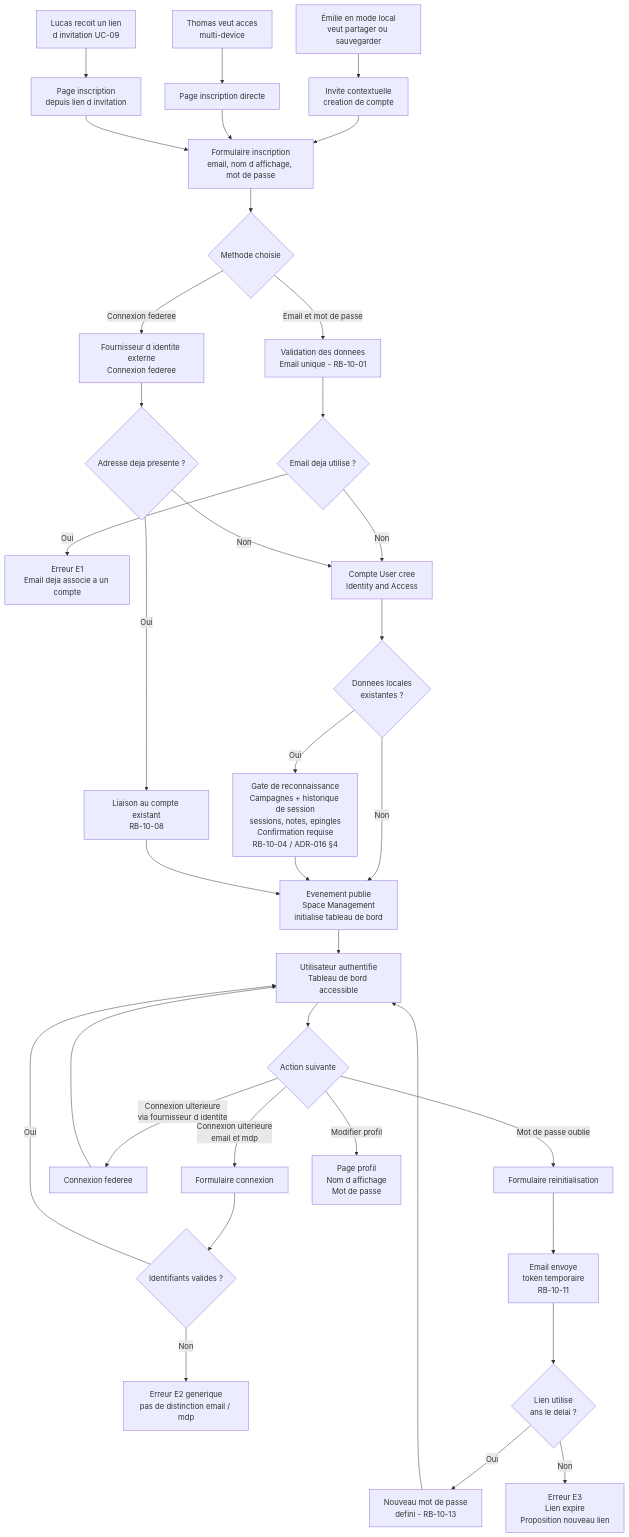
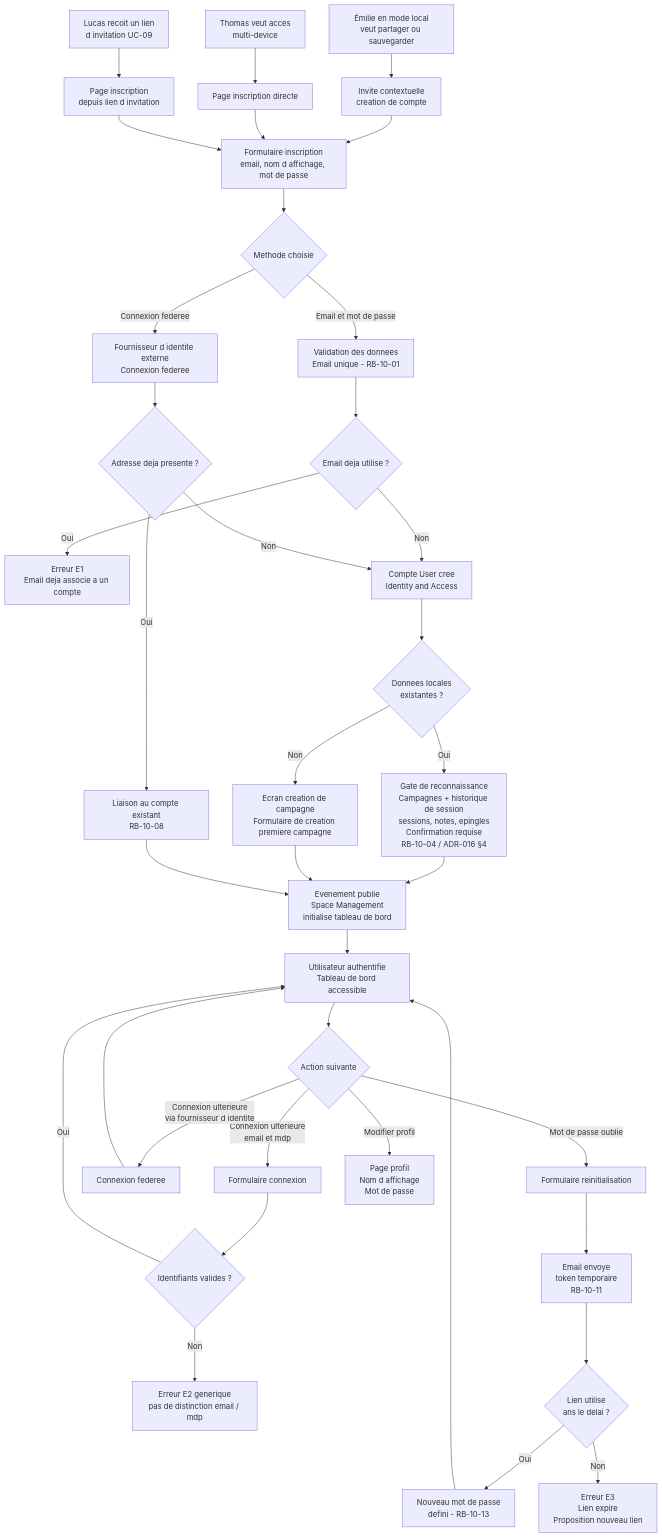
Before and after one commit to 2025-10-CDA-ECO-P6/PM-micro-saas: the second of 2 diagrams in docs/conception/user-journeys/UJ-UC-10-compte-cloud.md, drawn with Mermaid. The commit also changed 47 other files, not shown here.

````diff
--- a/docs/conception/user-journeys/UJ-UC-10-compte-cloud.md
+++ b/docs/conception/user-journeys/UJ-UC-10-compte-cloud.md
@@ -38,49 +38,50 @@
 ```mermaid
 flowchart TD
     A1[Émilie en mode local\nveut partager ou sauvegarder] --> B[Invite contextuelle\ncreation de compte]
     A2[Thomas veut acces\nmulti-device] --> C[Page inscription directe]
     A3[Lucas recoit un lien\nd invitation UC-09] --> D[Page inscription\ndepuis lien d invitation]
 
     B --> E[Formulaire inscription\nemail, nom d affichage, mot de passe]
     C --> E
     D --> E
 
     E --> F{Methode choisie}
     F -->|Email et mot de passe| G[Validation des donnees\nEmail unique - RB-10-01]
     F -->|Connexion federee| H[Fournisseur d identite externe\nConnexion federee]
 
     G --> I{Email deja utilise ?}
     I -->|Oui| J[Erreur E1\nEmail deja associe a un compte]
     I -->|Non| K[Compte User cree\nIdentity and Access]
 
     H --> L{Adresse deja presente ?}
     L -->|Oui| M[Liaison au compte existant\nRB-10-08]
     L -->|Non| K
 
     K --> N{Donnees locales\nexistantes ?}
     N -->|Oui| O[Gate de reconnaissance\nCampagnes + historique de session\nsessions, notes, epingles\nConfirmation requise\nRB-10-04 / ADR-016 §4]
-    N -->|Non| P[Evenement publie\nSpace Management\ninitialise tableau de bord]
-    O --> P
+    N -->|Non| RCC[Ecran creation de campagne\nFormulaire de creation premiere campagne]
+    O --> P[Evenement publie\nSpace Management\ninitialise tableau de bord]
+    RCC --> P
 
     M --> P
 
     P --> Q[Utilisateur authentifie\nTableau de bord accessible]
 
     Q --> R{Action suivante}
     R -->|Connexion ulterieure\nemail et mdp| S[Formulaire connexion]
     R -->|Connexion ulterieure\nvia fournisseur d identite| T[Connexion federee]
     R -->|Mot de passe oublie| U[Formulaire reinitialisation]
     R -->|Modifier profil| V[Page profil\nNom d affichage\nMot de passe]
 
     S --> W{Identifiants valides ?}
     W -->|Oui| Q
     W -->|Non| X[Erreur E2 generique\npas de distinction email / mdp]
 
     T --> Q
 
     U --> Y[Email envoye\ntoken temporaire\nRB-10-11]
     Y --> Z{Lien utilise\nans le delai ?}
     Z -->|Oui| AA[Nouveau mot de passe\ndefini - RB-10-13]
     Z -->|Non| AB[Erreur E3\nLien expire\nProposition nouveau lien]
     AA --> Q
 ```
````
